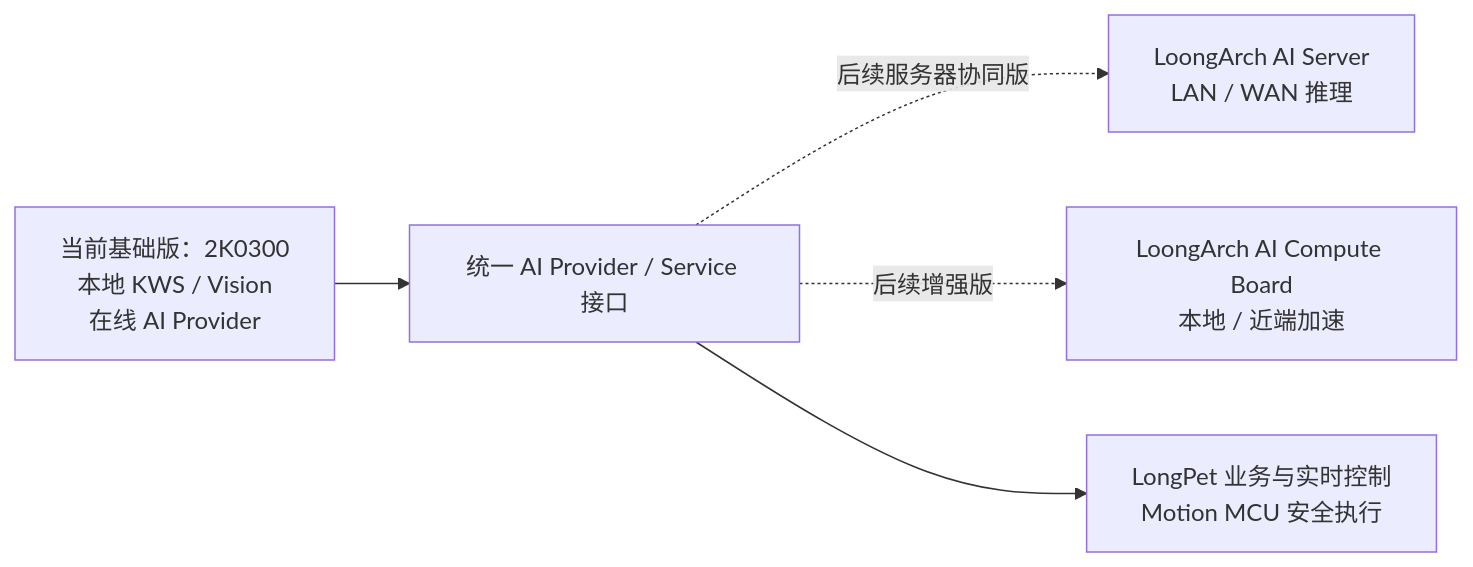
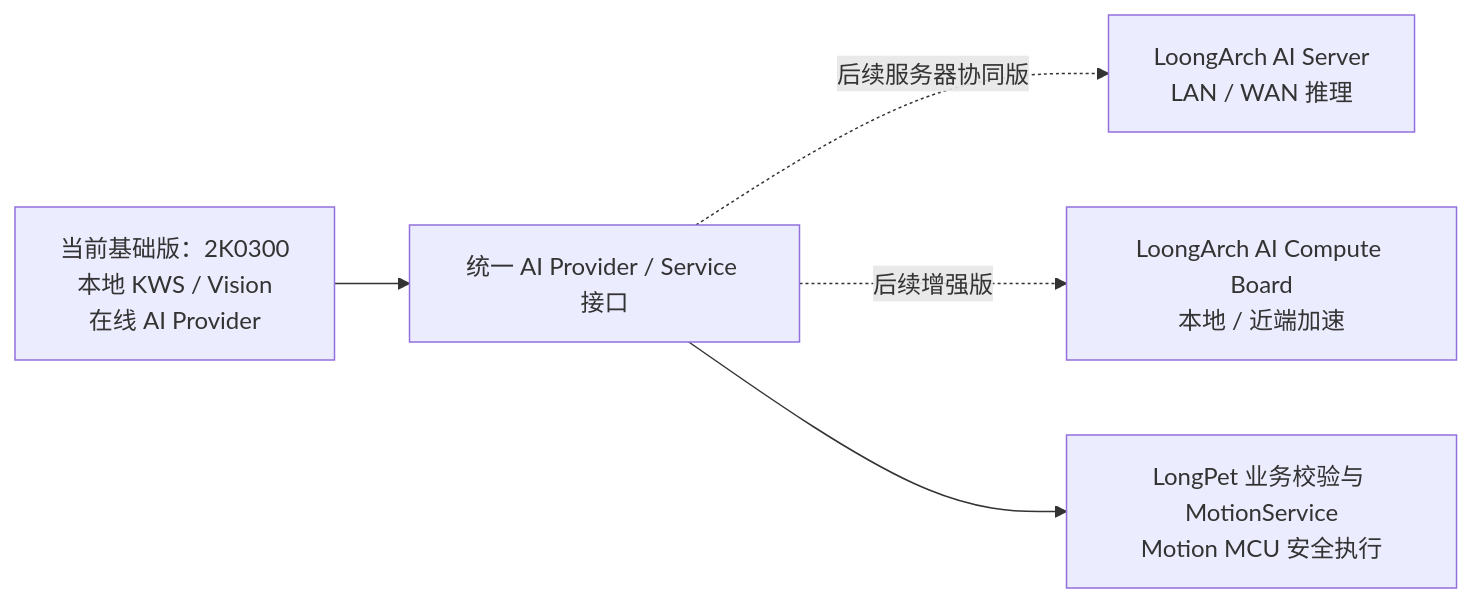
Diagram 44 of 44 in LongPet_产品设计文档.md (Justin-fanfan/Submission_Materials), drawn with Mermaid before and after one commit. The commit also changed other lines of this file, not shown here.

````diff
--- a/LongPet_产品设计文档.md
+++ b/LongPet_产品设计文档.md
@@ -2405,7 +2411,7 @@
 ```mermaid
 flowchart LR
     C["当前基础版：2K0300<br/>本地 KWS / Vision<br/>在线 AI Provider"] --> P["统一 AI Provider / Service 接口"]
     P -. 后续服务器协同版 .-> S["LoongArch AI Server<br/>LAN / WAN 推理"]
     P -. 后续增强版 .-> B["LoongArch AI Compute Board<br/>本地 / 近端加速"]
-    P --> M["LongPet 业务与实时控制<br/>Motion MCU 安全执行"]
+    P --> M["LongPet 业务校验与 MotionService<br/>Motion MCU 安全执行"]
 ```
````
